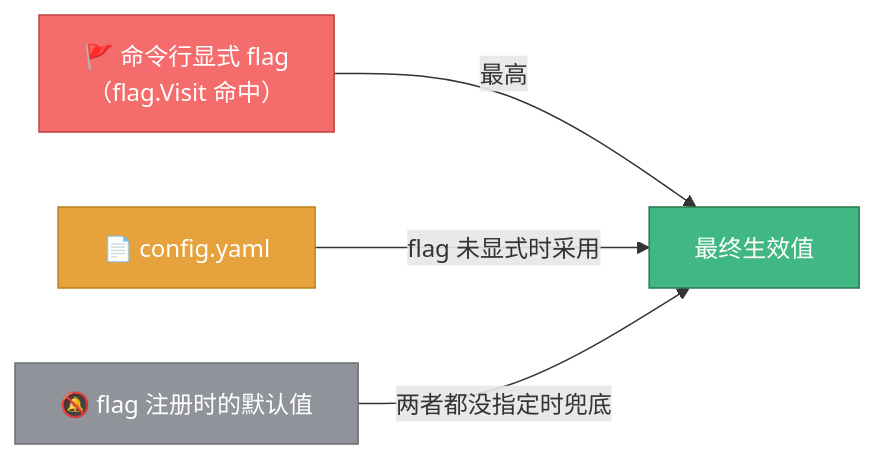
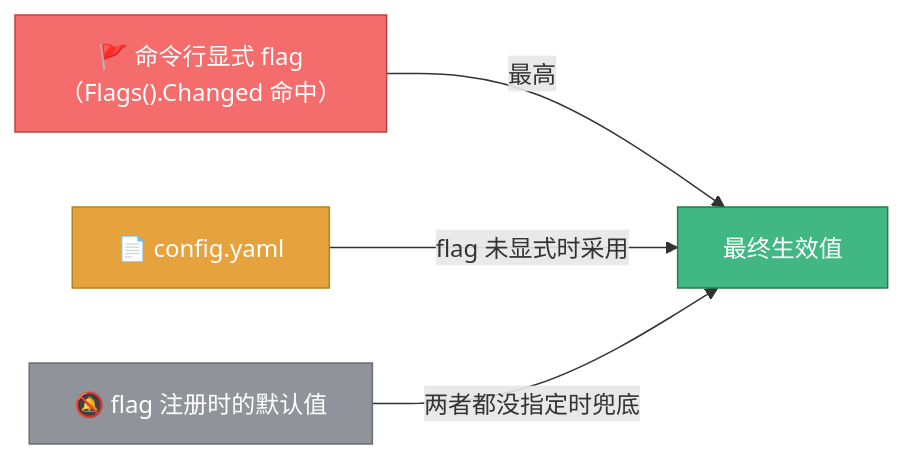
Before and after one commit to cyberspacesec/whois-skills: the second of 2 diagrams in website/cli/config-file.md, drawn with Mermaid. The commit also changed other lines of this file and 21 other files, not shown here.

````diff
--- a/website/cli/config-file.md
+++ b/website/cli/config-file.md
@@ -115,19 +129,19 @@
 ```mermaid
 flowchart LR
-    A["🚩 命令行显式 flag<br/>（flag.Visit 命中）"]
+    A["🚩 命令行显式 flag<br/>（Flags().Changed 命中）"]
     B["📄 config.yaml"]
     C["🔕 flag 注册时的默认值"]
 
     A -->|"最高"| R["最终生效值"]
     B -->|"flag 未显式时采用"| R
     C -->|"两者都没指定时兜底"| R
 
     classDef hi fill:#f56c6c,color:#fff,stroke:#c04040
     classDef mid fill:#e6a23c,color:#fff,stroke:#b7821c
     classDef lo fill:#909399,color:#fff,stroke:#6b6e72
     classDef out fill:#41b883,color:#fff,stroke:#2b7a4b
     class A hi
     class B mid
     class C lo
     class R out
 ```
````
